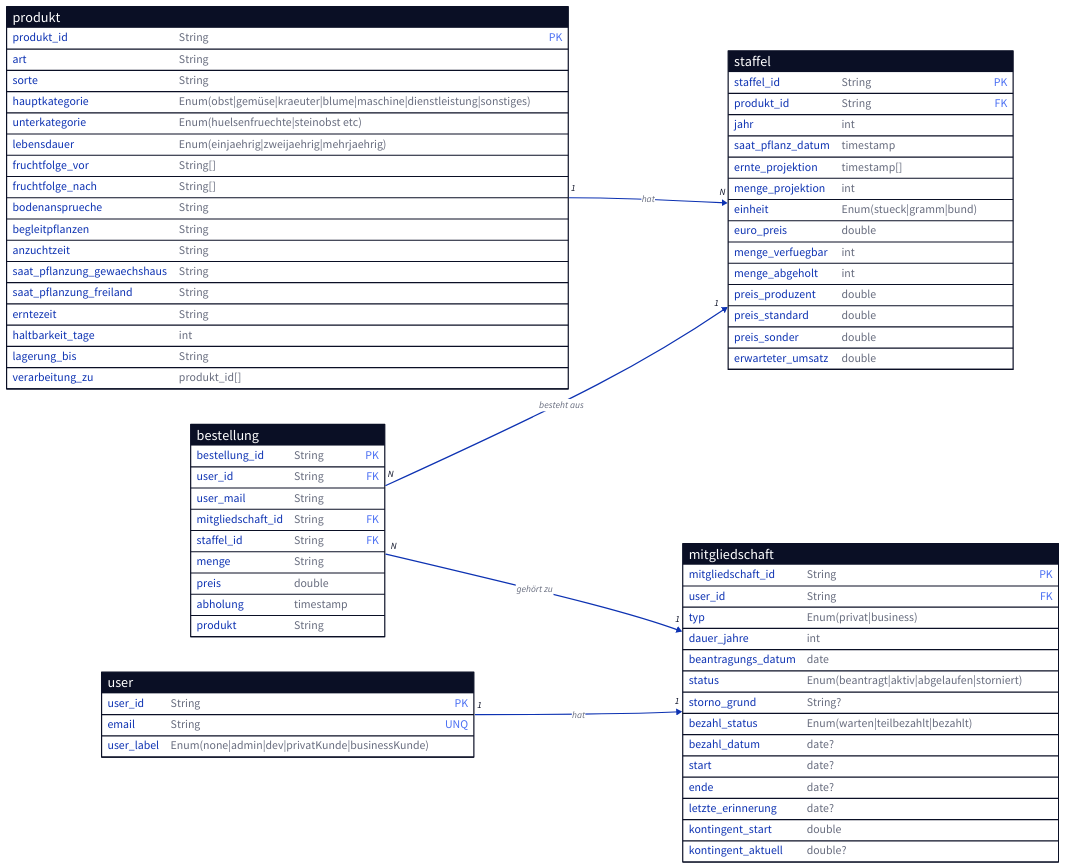
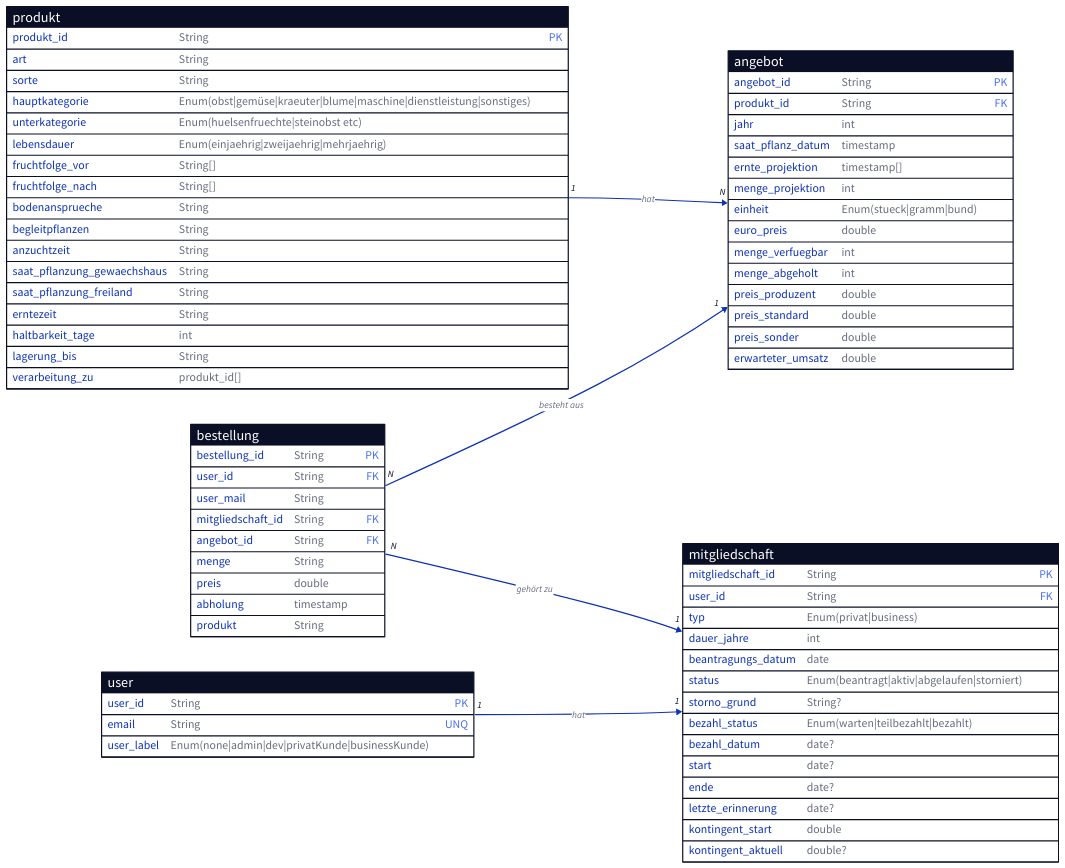
The diagram in functions/database_tables.d2 (floherzler/permdal-web), drawn with D2 before and after one commit. The commit also changed 3 other files, not shown here.

```diff
--- a/functions/database_tables.d2
+++ b/functions/database_tables.d2
@@ -1,106 +1,106 @@
 direction: right
 produkt: {
   shape: sql_table
 
   produkt_id: String {constraint: primary_key}
   art: String
   sorte: String
   hauptkategorie: Enum(obst|gemüse|kraeuter|blume|maschine|dienstleistung|sonstiges)
   unterkategorie: Enum(huelsenfruechte|steinobst etc)
   lebensdauer: Enum(einjaehrig|zweijaehrig|mehrjaehrig)
   fruchtfolge_vor: "String[]"
   fruchtfolge_nach: "String[]"
   bodenansprueche: String
   begleitpflanzen: String
   anzuchtzeit: String
   saat_pflanzung_gewaechshaus: String
   saat_pflanzung_freiland: String
   erntezeit: String
   haltbarkeit_tage: int
   lagerung_bis: String
   verarbeitung_zu: "produkt_id[]"
 }
 
-staffel: {
+angebot: {
   shape: sql_table
 
-  staffel_id: String {constraint: primary_key}
+  angebot_id: String {constraint: primary_key}
   produkt_id: String {constraint: foreign_key}
   jahr: int
   saat_pflanz_datum: timestamp
   ernte_projektion: "timestamp[]"
   menge_projektion: int
   einheit: Enum(stueck|gramm|bund)
   euro_preis: double
   menge_verfuegbar: int
   menge_abgeholt: int
   preis_produzent: double
   preis_standard: double
   preis_sonder: double
   erwarteter_umsatz: double
 }
 
 mitgliedschaft: {
   shape: sql_table
 
   mitgliedschaft_id: String {constraint: primary_key} # für Überweisung genutzt zB mb2025-007
   user_id: String {constraint: foreign_key}
   typ: Enum(privat|business)
   dauer_jahre: int
   beantragungs_datum: date
   status: Enum(beantragt|aktiv|abgelaufen|storniert)
   storno_grund: String?
   bezahl_status: Enum(warten|teilbezahlt|bezahlt)
   bezahl_datum: date?
   start: date?
   ende: date?
   letzte_erinnerung: date?
   kontingent_start: double
   kontingent_aktuell: double? # zwischen start und Null
 }
 
 bestellung: {
   shape: sql_table
 
   bestellung_id: String {constraint: primary_key}
   user_id: String {constraint: foreign_key}
   user_mail: String
   mitgliedschaft_id: String {constraint: foreign_key}
-  staffel_id: String {constraint: foreign_key}
+  angebot_id: String {constraint: foreign_key}
   menge: String
   preis: double
   abholung: timestamp
   produkt: String
 }
 
 user: {
   shape: sql_table
 
   user_id: String {constraint: primary_key}
   email: String {constraint: unique}
   user_label: Enum(none|admin|dev|privatKunde|businessKunde)
 }
 
-produkt -> staffel: hat {
+produkt -> angebot: hat {
   source-arrowhead: 1
   target-arrowhead: N
   # style.animated: true
 }
 
 bestellung -> mitgliedschaft: gehört zu {
   source-arrowhead: N
   target-arrowhead: 1
   # style.animated: true
 }
 
-bestellung -> staffel: besteht aus {
+bestellung -> angebot: besteht aus {
   source-arrowhead: N
   target-arrowhead: 1
   # style.animated: true
 }
 
 user -> mitgliedschaft: hat {
   source-arrowhead: 1
   target-arrowhead: 1
   # style.animated: true
 }
```
